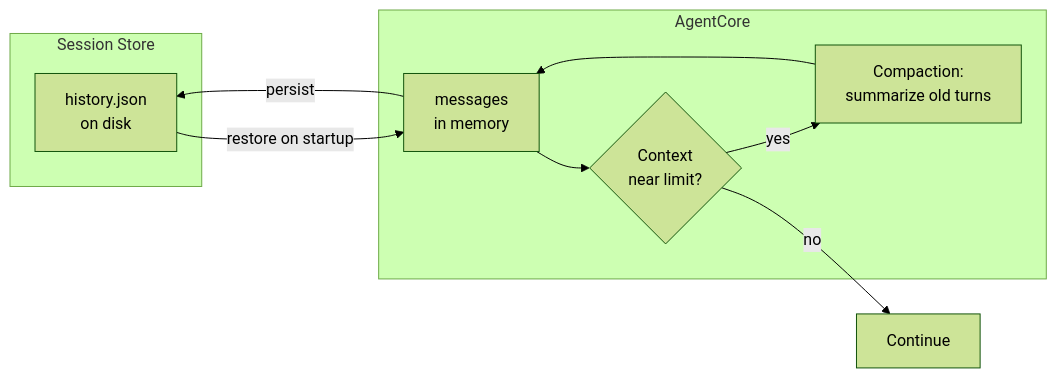
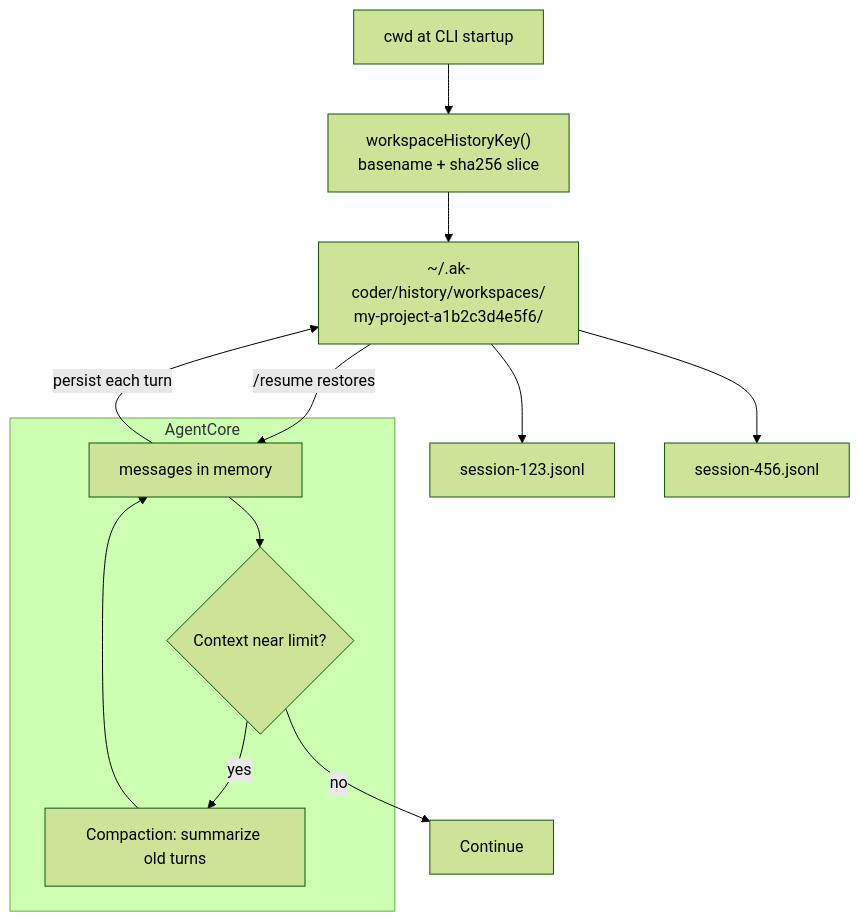
One commit to Algiras/ak-coder changed the sixth of 13 diagrams in website/docs/architecture/flows.md. Above: the diagram before and after it, drawn with Mermaid (forest theme). The commit also changed other lines of this file and 11 other files, not shown here.

First line of the commit message:
docs: document 0.1.8 skills, sessions, and architecture flows (#20)

````diff
--- a/website/docs/architecture/flows.md
+++ b/website/docs/architecture/flows.md
@@ -85,19 +184,20 @@
 ```mermaid
-flowchart LR
-    subgraph Session Store
-        H[history.json\non disk]
+flowchart TB
+    CWD[cwd at CLI startup] --> KEY["workspaceHistoryKey()<br/>basename + sha256 slice"]
+    KEY --> DIR["~/.ak-coder/history/workspaces/<br/>my-project-a1b2c3d4e5f6/"]
+    DIR --> S1[session-123.jsonl]
+    DIR --> S2[session-456.jsonl]
+
+    subgraph AgentCore
+        M[messages in memory]
+        C{Context near limit?}
+        K[Compaction: summarize old turns]
     end
 
-    subgraph AgentCore
-        M[messages\nin memory]
-        C{Context\nnear limit?}
-        K[Compaction:\nsummarize old turns]
-    end
-
-    M -->|persist| H
-    H -->|restore on startup| M
+    M -->|persist each turn| DIR
+    DIR -->|/resume restores| M
     M --> C
     C -->|yes| K
     K --> M
     C -->|no| CONT[Continue]
 ```
````
